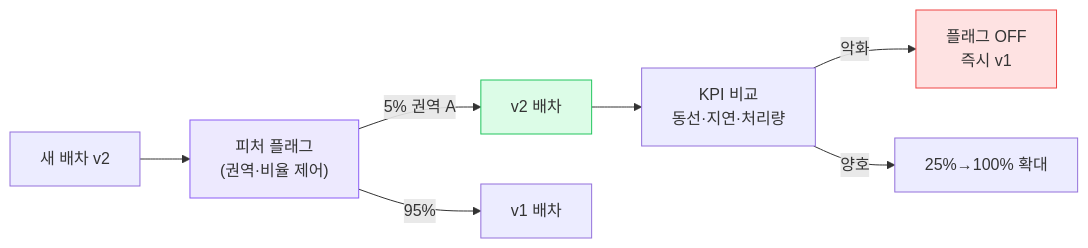
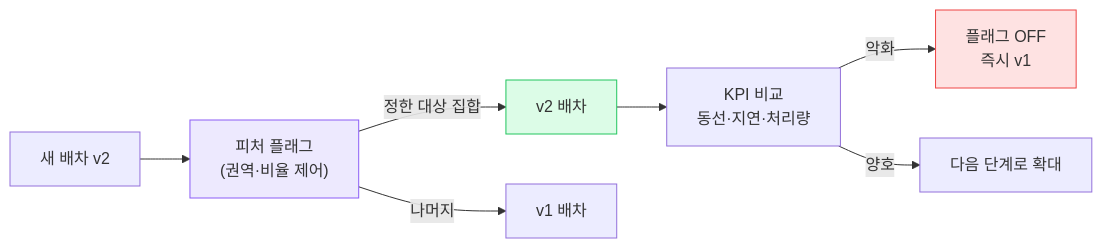
One commit to hyeongseoblim/systemdesign changed the sixth of 6 diagrams in apps/api/src/main/resources/content/infra-04-cicd-deploy-strategy.md. Above: the diagram before and after it, drawn with Mermaid. The commit also changed other lines of this file and 96 other files, not shown here.

````diff
--- a/apps/api/src/main/resources/content/infra-04-cicd-deploy-strategy.md
+++ b/apps/api/src/main/resources/content/infra-04-cicd-deploy-strategy.md
@@ -176,13 +176,13 @@
 ```mermaid
 flowchart LR
     New["새 배차 v2"] --> Flag["피처 플래그\n(권역·비율 제어)"]
-    Flag -->|"5% 권역 A"| V2["v2 배차"]
-    Flag -->|"95%"| V1["v1 배차"]
+    Flag -->|"정한 대상 집합"| V2["v2 배차"]
+    Flag -->|"나머지"| V1["v1 배차"]
     V2 --> KPI["KPI 비교\n동선·지연·처리량"]
     KPI -->|"악화"| Off["플래그 OFF\n즉시 v1"]
-    KPI -->|"양호"| Up["25%→100% 확대"]
+    KPI -->|"양호"| Up["다음 단계로 확대"]
 
     style Flag fill:#ede9fe,stroke:#8b5cf6
     style V2 fill:#dcfce7,stroke:#22c55e
     style Off fill:#fee2e2,stroke:#ef4444
 ```
````
